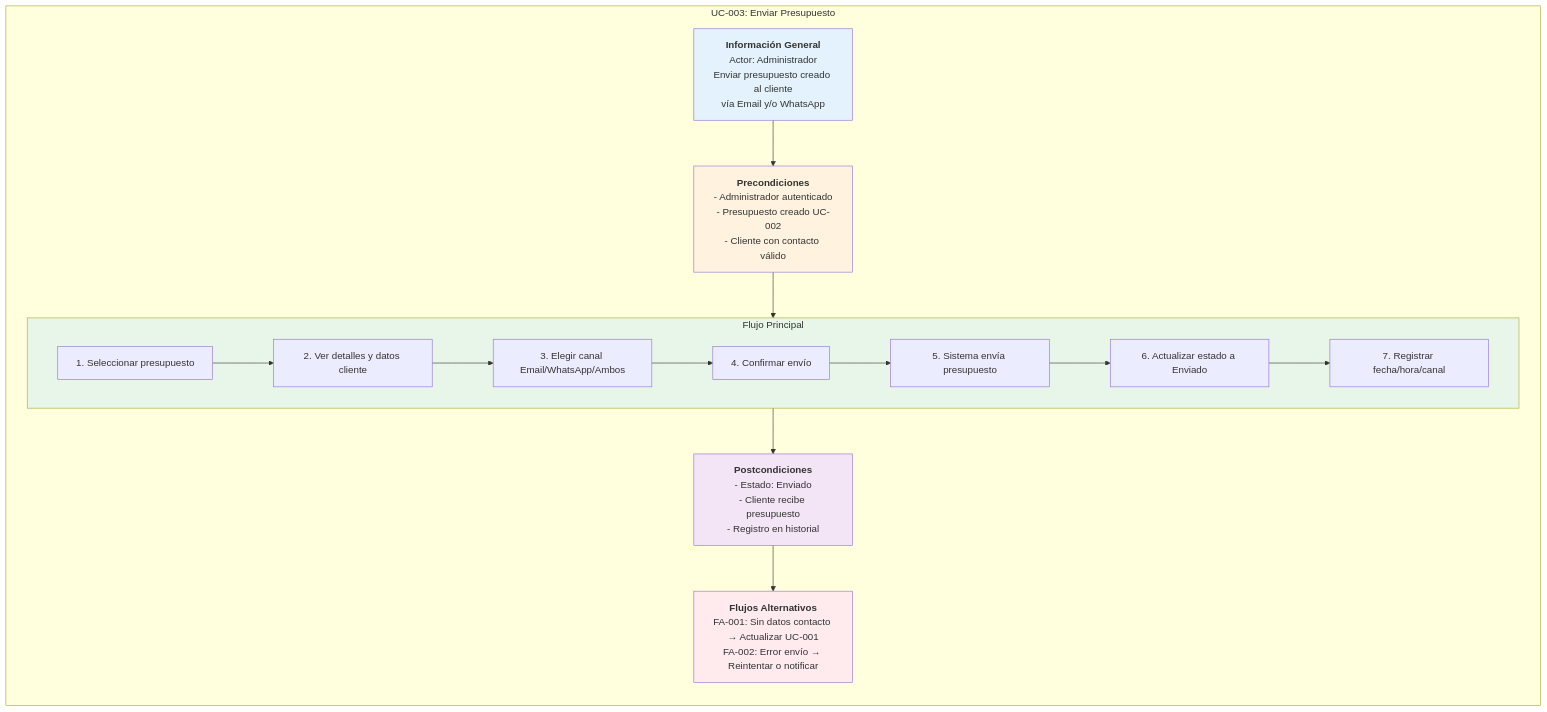
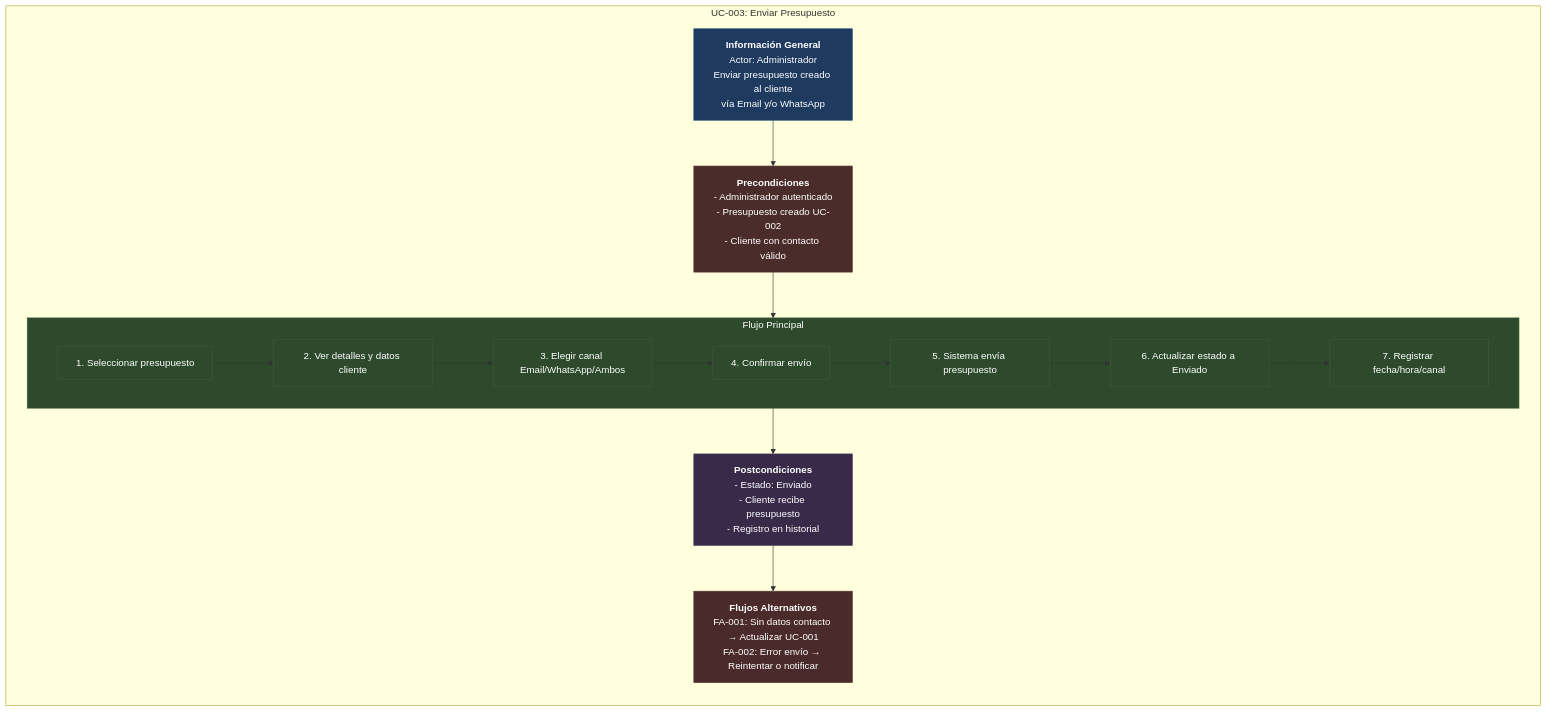
One commit to Marcos0o0/testttttt changed the second of 5 diagrams in test3.md. Above: the diagram before and after it, drawn with Mermaid.

````diff
--- a/test3.md
+++ b/test3.md
@@ -61,34 +61,41 @@
 ```mermaid
 graph TB
     subgraph UC003["UC-003: Enviar Presupuesto"]
         direction TB
         
         Info["<b>Información General</b><br/>Actor: Administrador<br/>Enviar presupuesto creado al cliente<br/>vía Email y/o WhatsApp"]
         
         Pre["<b>Precondiciones</b><br/>- Administrador autenticado<br/>- Presupuesto creado UC-002<br/>- Cliente con contacto válido"]
         
         subgraph Flujo["Flujo Principal"]
             F1["1. Seleccionar presupuesto"]
             F2["2. Ver detalles y datos cliente"]
             F3["3. Elegir canal Email/WhatsApp/Ambos"]
             F4["4. Confirmar envío"]
             F5["5. Sistema envía presupuesto"]
             F6["6. Actualizar estado a Enviado"]
             F7["7. Registrar fecha/hora/canal"]
             
             F1 --> F2 --> F3 --> F4 --> F5 --> F6 --> F7
         end
         
         Post["<b>Postcondiciones</b><br/>- Estado: Enviado<br/>- Cliente recibe presupuesto<br/>- Registro en historial"]
         
         Alt["<b>Flujos Alternativos</b><br/>FA-001: Sin datos contacto → Actualizar UC-001<br/>FA-002: Error envío → Reintentar o notificar"]
         
         Info --> Pre --> Flujo --> Post --> Alt
     end
     
-    style Info fill:#e3f2fd
-    style Pre fill:#fff3e0
-    style Flujo fill:#e8f5e9
-    style Post fill:#f3e5f5
-    style Alt fill:#ffebee
+    style Info fill:#1e3a5f,stroke:#2c5282,color:#fff
+    style Pre fill:#4a2c2a,stroke:#6b3e3a,color:#fff
+    style Flujo fill:#2d4a2c,stroke:#3d5a3c,color:#fff
+    style Post fill:#3a2a4a,stroke:#4a3a5a,color:#fff
+    style Alt fill:#4a2a2a,stroke:#5a3a3a,color:#fff
+    style F1 fill:#2d4a2c,stroke:#3d5a3c,color:#fff
+    style F2 fill:#2d4a2c,stroke:#3d5a3c,color:#fff
+    style F3 fill:#2d4a2c,stroke:#3d5a3c,color:#fff
+    style F4 fill:#2d4a2c,stroke:#3d5a3c,color:#fff
+    style F5 fill:#2d4a2c,stroke:#3d5a3c,color:#fff
+    style F6 fill:#2d4a2c,stroke:#3d5a3c,color:#fff
+    style F7 fill:#2d4a2c,stroke:#3d5a3c,color:#fff
 ```
````
